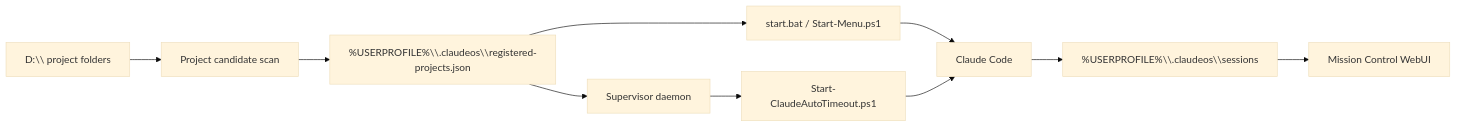
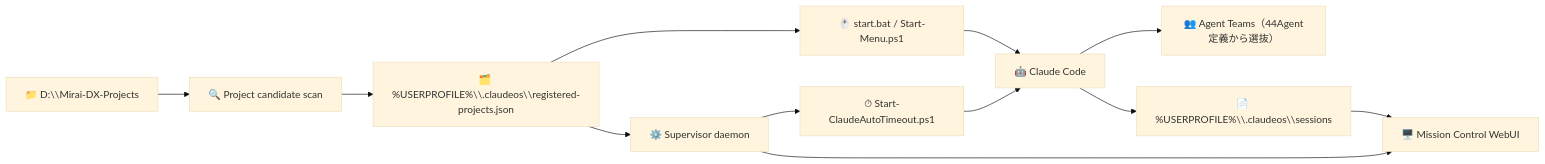
Before and after one commit to Kensan196948G/Claude-StartUpTools-New-Windows: the first of 2 diagrams in README.md, drawn with Mermaid (base theme). The commit also changed other lines of this file and 16 other files, not shown here.

First line of the commit message:
feat: v4.3.0 — WebUI auto IP/port + LAN mutation guard + permissions floor + docs (#22)

````diff
--- a/README.md
+++ b/README.md
@@ -18,12 +19,14 @@
 ```mermaid
 flowchart LR
-    D["D:\\ project folders"] --> Scan["Project candidate scan"]
-    Scan --> Reg["%USERPROFILE%\\.claudeos\\registered-projects.json"]
-    Reg --> Menu["start.bat / Start-Menu.ps1"]
-    Reg --> Sup["Supervisor daemon"]
-    Menu --> Claude["Claude Code"]
-    Sup --> Auto["Start-ClaudeAutoTimeout.ps1"]
+    D["📁 D:\\Mirai-DX-Projects"] --> Scan["🔍 Project candidate scan"]
+    Scan --> Reg["🗂️ %USERPROFILE%\\.claudeos\\registered-projects.json"]
+    Reg --> Menu["🖱️ start.bat / Start-Menu.ps1"]
+    Reg --> Sup["⚙️ Supervisor daemon"]
+    Menu --> Claude["🤖 Claude Code"]
+    Sup --> Auto["⏱ Start-ClaudeAutoTimeout.ps1"]
     Auto --> Claude
-    Claude --> Sessions["%USERPROFILE%\\.claudeos\\sessions"]
-    Sessions --> MC["Mission Control WebUI"]
+    Claude --> Teams["👥 Agent Teams（44Agent定義から選抜）"]
+    Claude --> Sessions["📄 %USERPROFILE%\\.claudeos\\sessions"]
+    Sessions --> MC["🖥️ Mission Control WebUI"]
+    Sup --> MC
 ```
````
